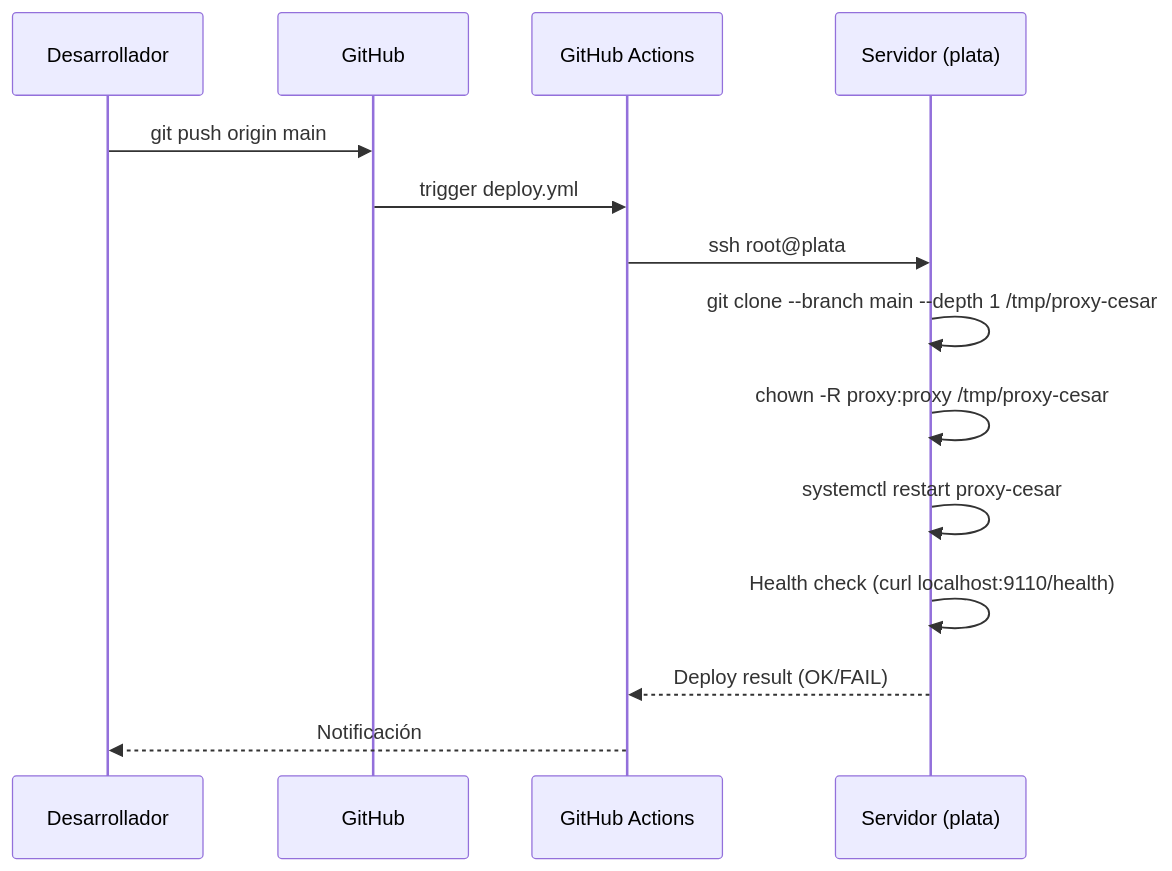
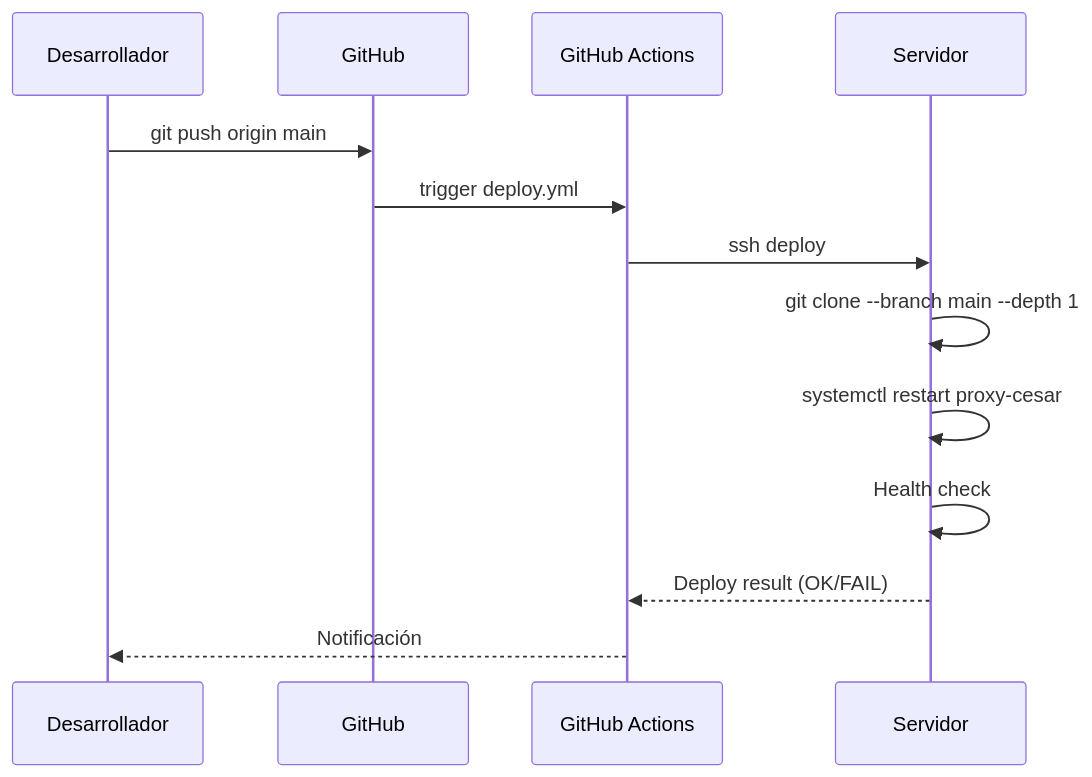
The sixth of 9 diagrams in diagramas.md (CesarGuzmanLopez/proxy-cesar), drawn with Mermaid before and after one commit. The commit also changed other lines of this file and 4 other files, not shown here.

Commit message:
clean: remove sensitive server info from docs and deploy config

````diff
--- a/diagramas.md
+++ b/diagramas.md
@@ -196,17 +196,16 @@
 ```mermaid
 sequenceDiagram
     participant Dev as Desarrollador
     participant GH as GitHub
     participant GA as GitHub Actions
-    participant Server as Servidor (plata)
+    participant Server as Servidor
 
     Dev->>GH: git push origin main
     GH->>GA: trigger deploy.yml
-    GA->>Server: ssh root@plata
-    Server->>Server: git clone --branch main --depth 1 /tmp/proxy-cesar
-    Server->>Server: chown -R proxy:proxy /tmp/proxy-cesar
+    GA->>Server: ssh deploy
+    Server->>Server: git clone --branch main --depth 1
     Server->>Server: systemctl restart proxy-cesar
-    Server->>Server: Health check (curl localhost:9110/health)
+    Server->>Server: Health check
     Server-->>GA: Deploy result (OK/FAIL)
     GA-->>Dev: Notificación
 ```
````
